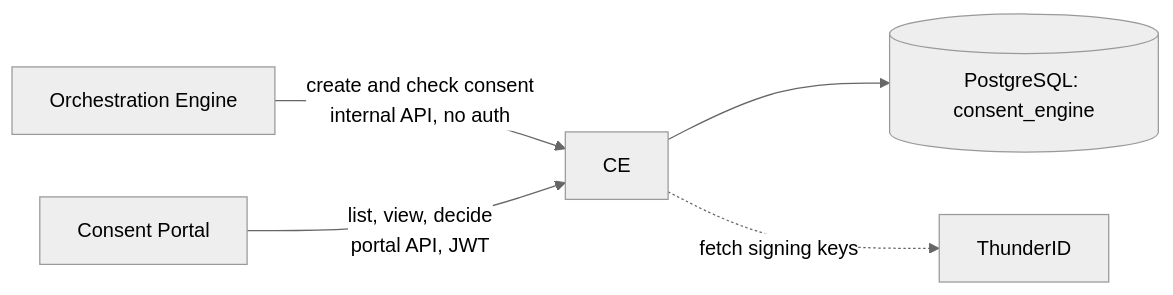
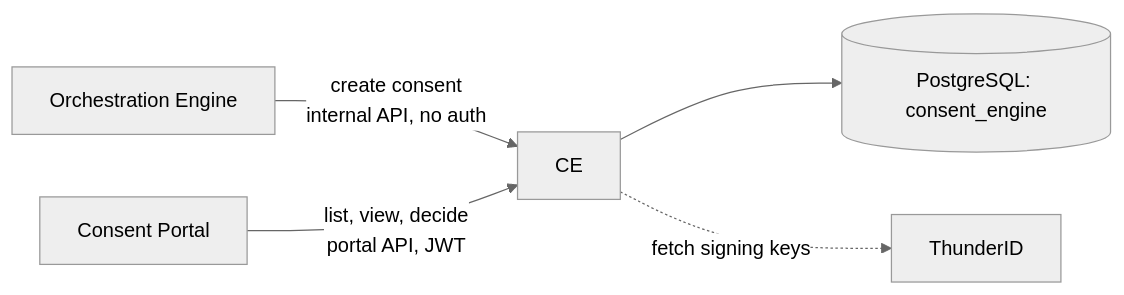
The diagram in cmd/ce/README.md (openndx/openndx-core), drawn with Mermaid (neutral theme) before and after one commit. The commit also changed other lines of this file and 15 other files, not shown here.

````diff
--- a/cmd/ce/README.md
+++ b/cmd/ce/README.md
@@ -7,7 +7,7 @@
 ```mermaid
 flowchart LR
-    OE[Orchestration Engine] -->|create and check consent<br/>internal API, no auth| CE
+    OE[Orchestration Engine] -->|create consent<br/>internal API, no auth| CE
     CP[Consent Portal] -->|list, view, decide<br/>portal API, JWT| CE
     CE --> DB[(PostgreSQL: consent_engine)]
     CE -.->|fetch signing keys| IDP[ThunderID]
 ```
````
